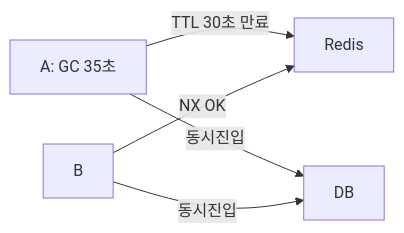
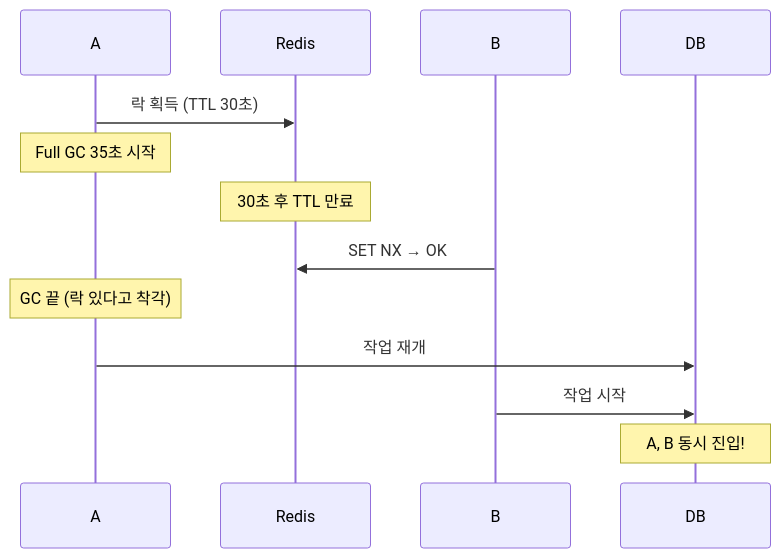
One commit to yjkim2015/yjkim2015.github.io changed diagram 14 of 15 in _posts/redis/2026-05-01-redis-distributed-lock.md. Above: the diagram before and after it, drawn with Mermaid. The commit also changed other lines of this file, not shown here.

First line of the commit message:
Redis 분산 락 다이어그램: 복잡한 flowchart → sequenceDiagram 전환

````diff
--- a/_posts/redis/2026-05-01-redis-distributed-lock.md
+++ b/_posts/redis/2026-05-01-redis-distributed-lock.md
@@ -1014,6 +1027,11 @@
 ```mermaid
-graph LR
-    A["A: GC 35초"] -->|TTL 30초 만료| R["Redis"]
-    B -->|NX OK| R
-    A & B -->|동시진입| DB
+sequenceDiagram
+    A->>Redis: 락 획득 (TTL 30초)
+    Note over A: Full GC 35초 시작
+    Note over Redis: 30초 후 TTL 만료
+    B->>Redis: SET NX → OK
+    Note over A: GC 끝 (락 있다고 착각)
+    A->>DB: 작업 재개
+    B->>DB: 작업 시작
+    Note over DB: A, B 동시 진입!
 ```
````
